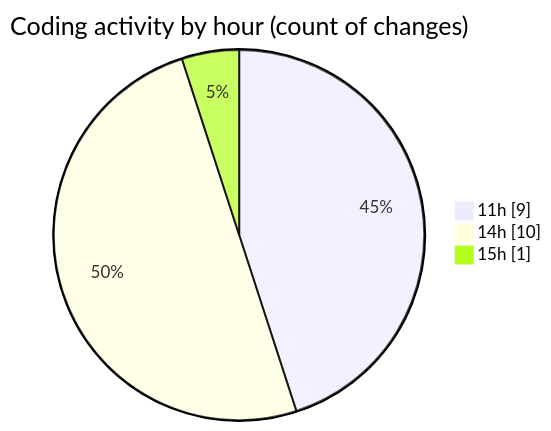
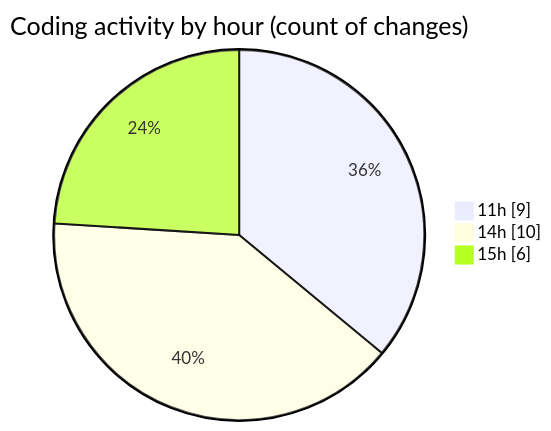
The second of 2 diagrams in 2025-11-15/usr_aleoudev_fr__workspace_/README.md (julien-gomy/code-tracking), drawn with Mermaid before and after one commit. The commit also changed other lines of this file and 1 other file, not shown here.

````diff
--- a/2025-11-15/usr_aleoudev_fr__workspace_/README.md
+++ b/2025-11-15/usr_aleoudev_fr__workspace_/README.md
@@ -37,7 +37,7 @@
 ```mermaid
 pie showData
 title Coding activity by hour (count of changes)
 "11h" : 9
 "14h" : 10
-"15h" : 1
+"15h" : 6
 ```
````
